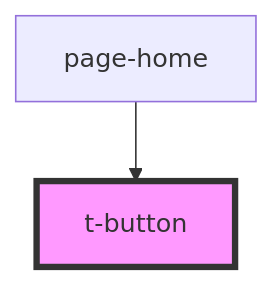
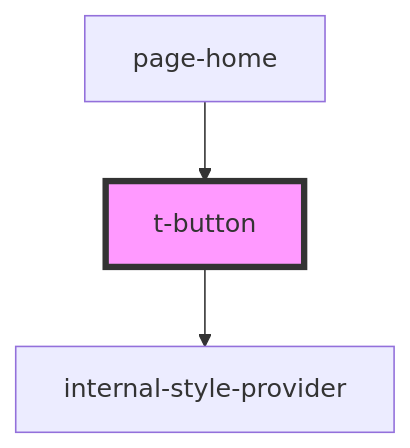
One commit to TomasEng/web-components changed the diagram in src/components/t-button/readme.md. Above: the diagram before and after it, drawn with Mermaid. The commit also changed other lines of this file and 15 other files, not shown here.

````diff
--- a/src/components/t-button/readme.md
+++ b/src/components/t-button/readme.md
@@ -15,5 +26,6 @@
 ```mermaid
 graph TD;
+  t-button --> internal-style-provider
   page-home --> t-button
   style t-button fill:#f9f,stroke:#333,stroke-width:4px
 ```
````
